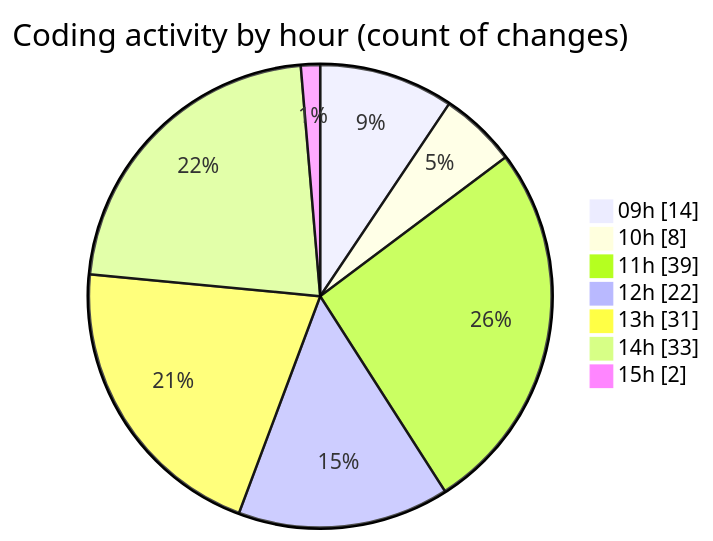
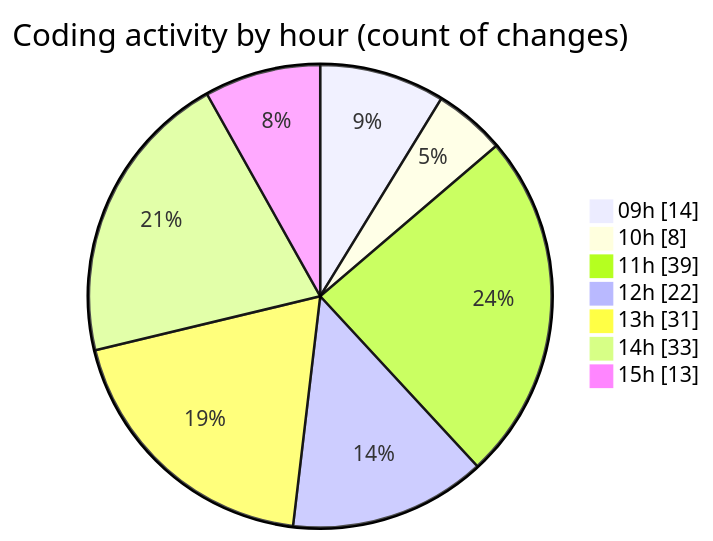
The second of 2 diagrams in 2025-02-07/cda/README.md (momahboobian/code-tracking), drawn with Mermaid before and after one commit. The commit also changed other lines of this file and 1 other file, not shown here.

````diff
--- a/2025-02-07/cda/README.md
+++ b/2025-02-07/cda/README.md
@@ -66,11 +66,11 @@
 ```mermaid
 pie showData
 title Coding activity by hour (count of changes)
 "09h" : 14
 "10h" : 8
 "11h" : 39
 "12h" : 22
 "13h" : 31
 "14h" : 33
-"15h" : 2
+"15h" : 13
 ```
````
